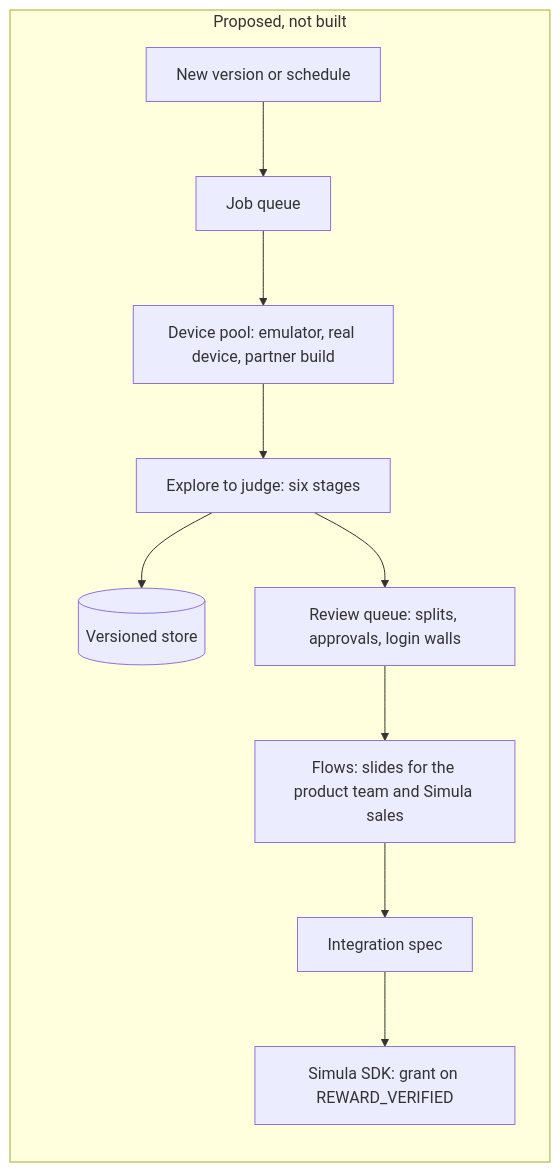
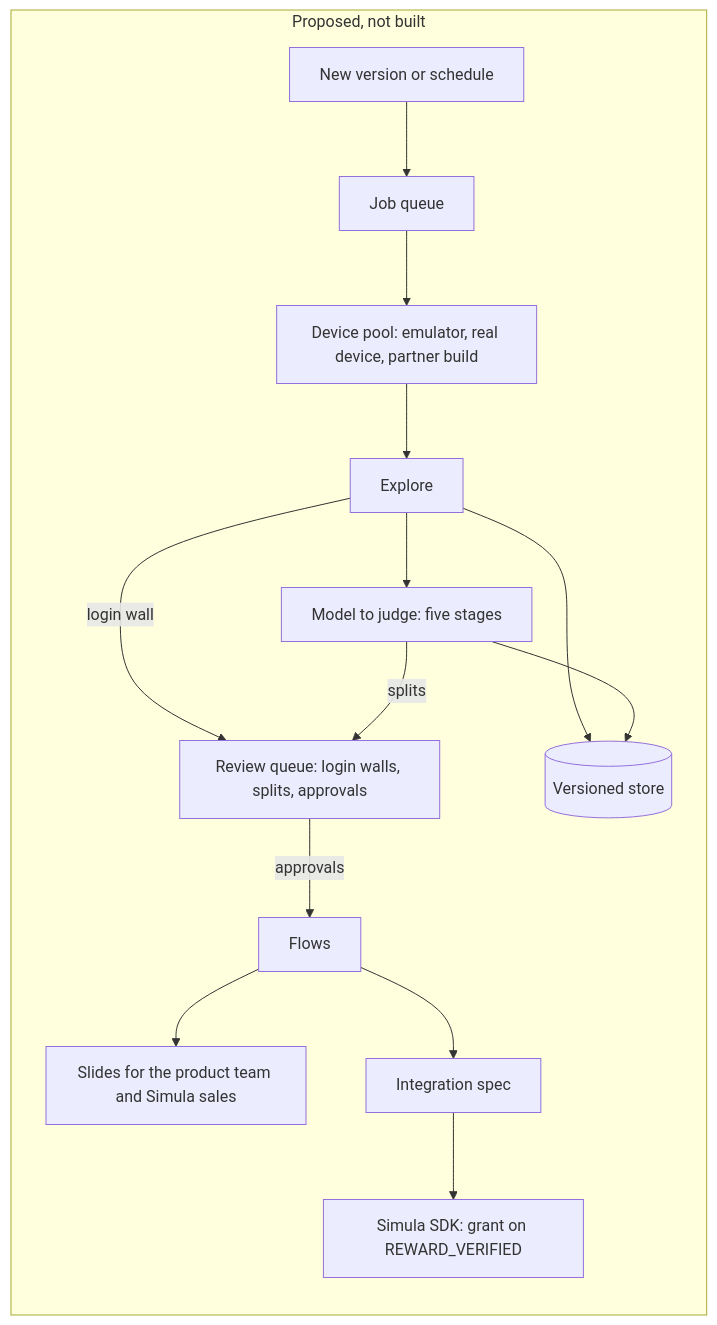
The diagram in README.md (AAdityaisme/simula-agent), drawn with Mermaid before and after one commit. The commit also changed other lines of this file and 1 other file, not shown here.

Commit message:
docs(readme): known limits, the content filter, decision 6 and the Goal 5 diagram say what next does

````diff
--- a/README.md
+++ b/README.md
@@ -302,13 +302,17 @@
 ```mermaid
 flowchart LR
   subgraph Proposed["Proposed, not built"]
     T["New version or schedule"] --> Q["Job queue"]
     Q --> D["Device pool: emulator, real device, partner build"]
-    D --> S["Explore to judge: six stages"]
-    S --> V[("Versioned store")]
-    S --> R["Review queue: splits, approvals, login walls"]
-    R --> F["Flows: slides for the product team and Simula sales"]
+    D --> E["Explore"]
+    E -->|login wall| R["Review queue: login walls, splits, approvals"]
+    E --> S["Model to judge: five stages"]
+    E --> V[("Versioned store")]
+    S --> V
+    S -->|splits| R
+    R -->|approvals| F["Flows"]
+    F --> P["Slides for the product team and Simula sales"]
     F --> I["Integration spec"]
     I --> K["Simula SDK: grant on REWARD_VERIFIED"]
   end
 ```
````
